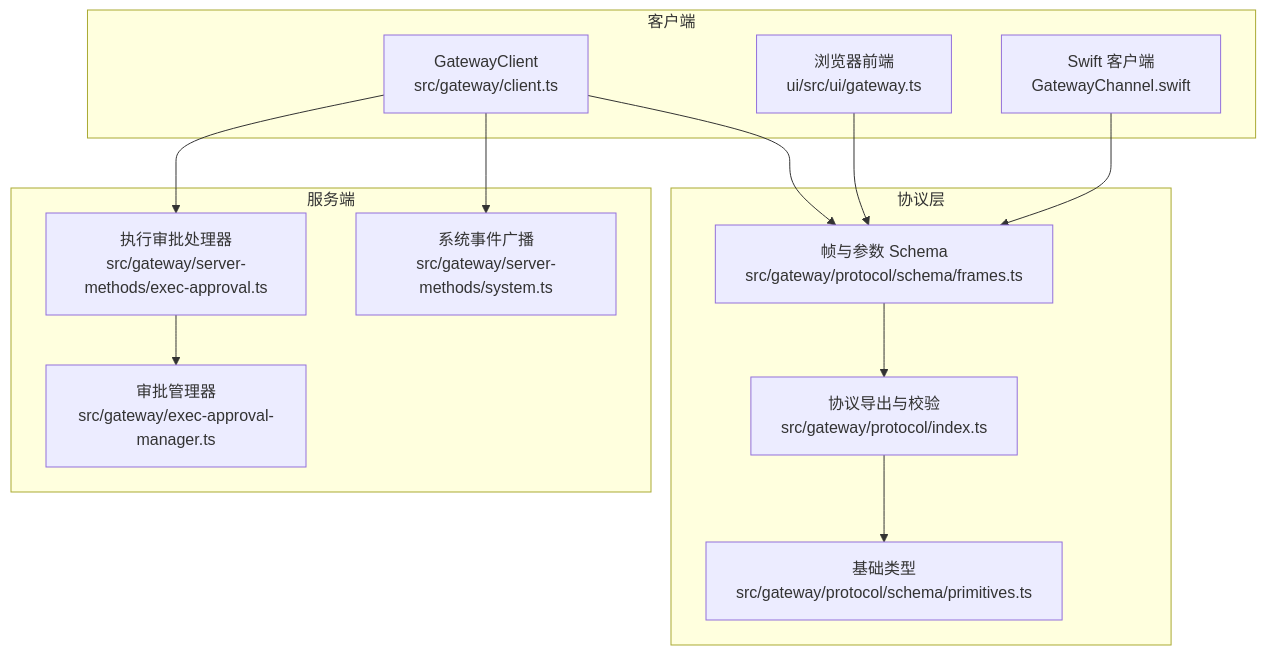
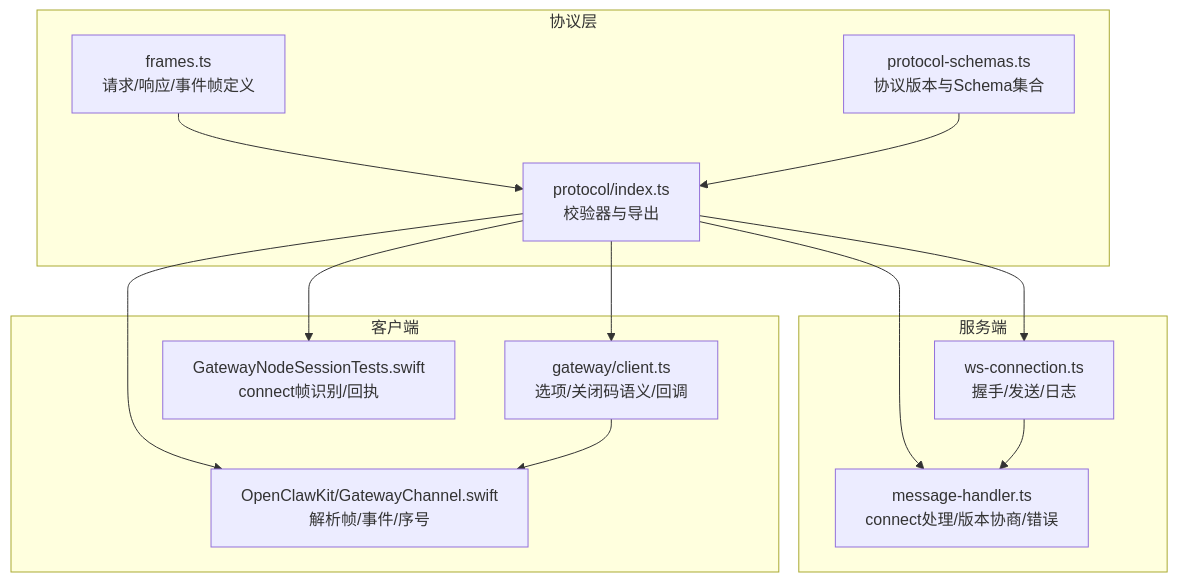
The first of 6 diagrams in .qoder/repowiki/zh/content/API参考/WebSocket API.md (HACK-WU/openclaw), drawn with Mermaid before and after one commit. The commit also changed other lines of this file and 549 other files, not shown here.

````diff
--- a/.qoder/repowiki/zh/content/API参考/WebSocket API.md
+++ b/.qoder/repowiki/zh/content/API参考/WebSocket API.md
@@ -46,26 +45,26 @@
 ```mermaid
 graph TB
-subgraph "客户端"
-A["GatewayClient<br/>src/gateway/client.ts"]
-B["浏览器前端<br/>ui/src/ui/gateway.ts"]
-C["Swift 客户端<br/>GatewayChannel.swift"]
-end
 subgraph "协议层"
-D["帧与参数 Schema<br/>src/gateway/protocol/schema/frames.ts"]
-E["协议导出与校验<br/>src/gateway/protocol/index.ts"]
-F["基础类型<br/>src/gateway/protocol/schema/primitives.ts"]
+A["frames.ts<br/>请求/响应/事件帧定义"]
+B["protocol-schemas.ts<br/>协议版本与Schema集合"]
+C["protocol/index.ts<br/>校验器与导出"]
 end
 subgraph "服务端"
-G["执行审批处理器<br/>src/gateway/server-methods/exec-approval.ts"]
-H["系统事件广播<br/>src/gateway/server-methods/system.ts"]
-I["审批管理器<br/>src/gateway/exec-approval-manager.ts"]
+D["ws-connection.ts<br/>握手/发送/日志"]
+E["message-handler.ts<br/>connect处理/版本协商/错误"]
 end
-A --> D
-B --> D
+subgraph "客户端"
+F["gateway/client.ts<br/>选项/关闭码语义/回调"]
+G["OpenClawKit/GatewayChannel.swift<br/>解析帧/事件/序号"]
+H["GatewayNodeSessionTests.swift<br/>connect帧识别/回执"]
+end
+A --> C
+B --> C
 C --> D
+C --> E
+C --> F
+C --> G
+C --> H
 D --> E
-E --> F
-A --> G
-A --> H
-G --> I
+F --> G
 ```
````
